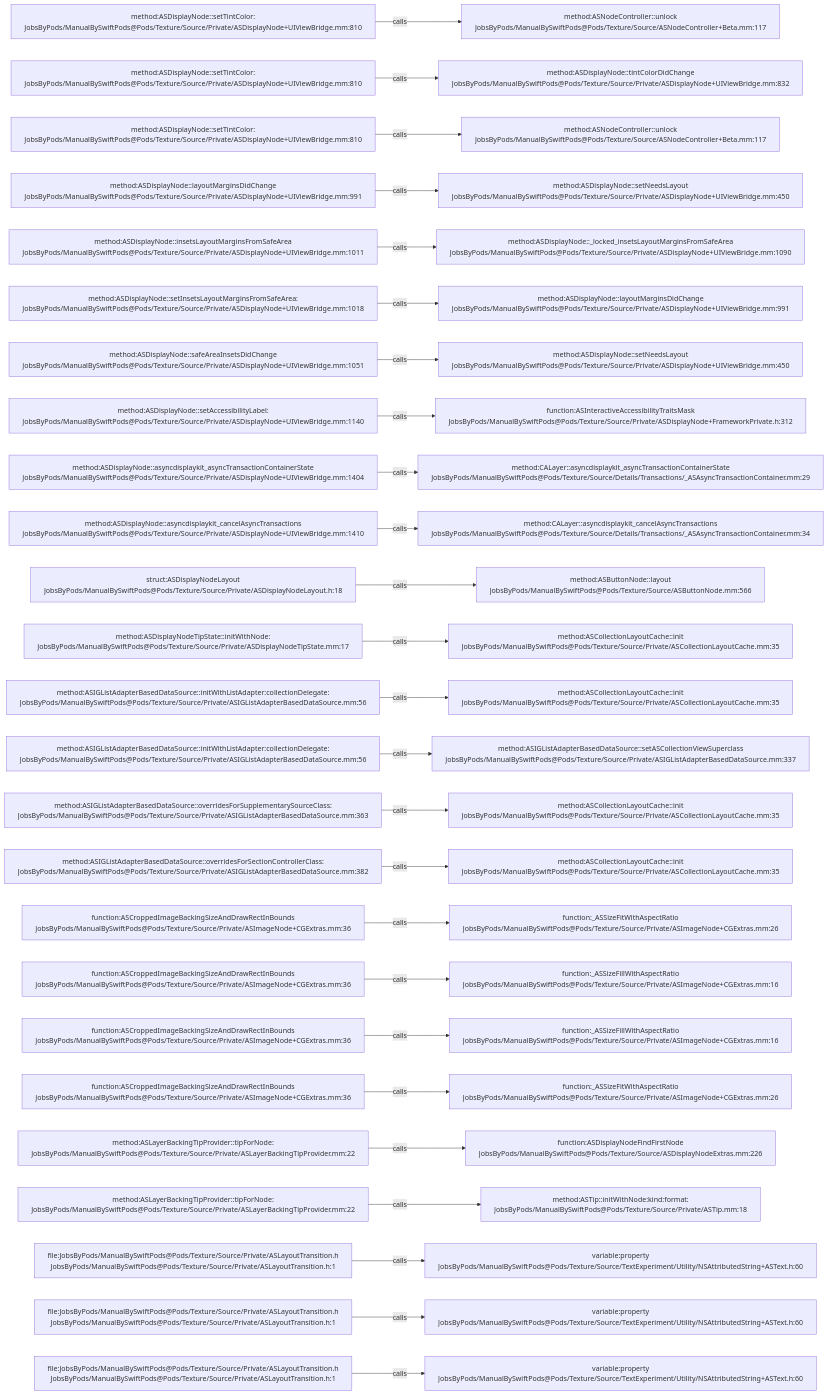
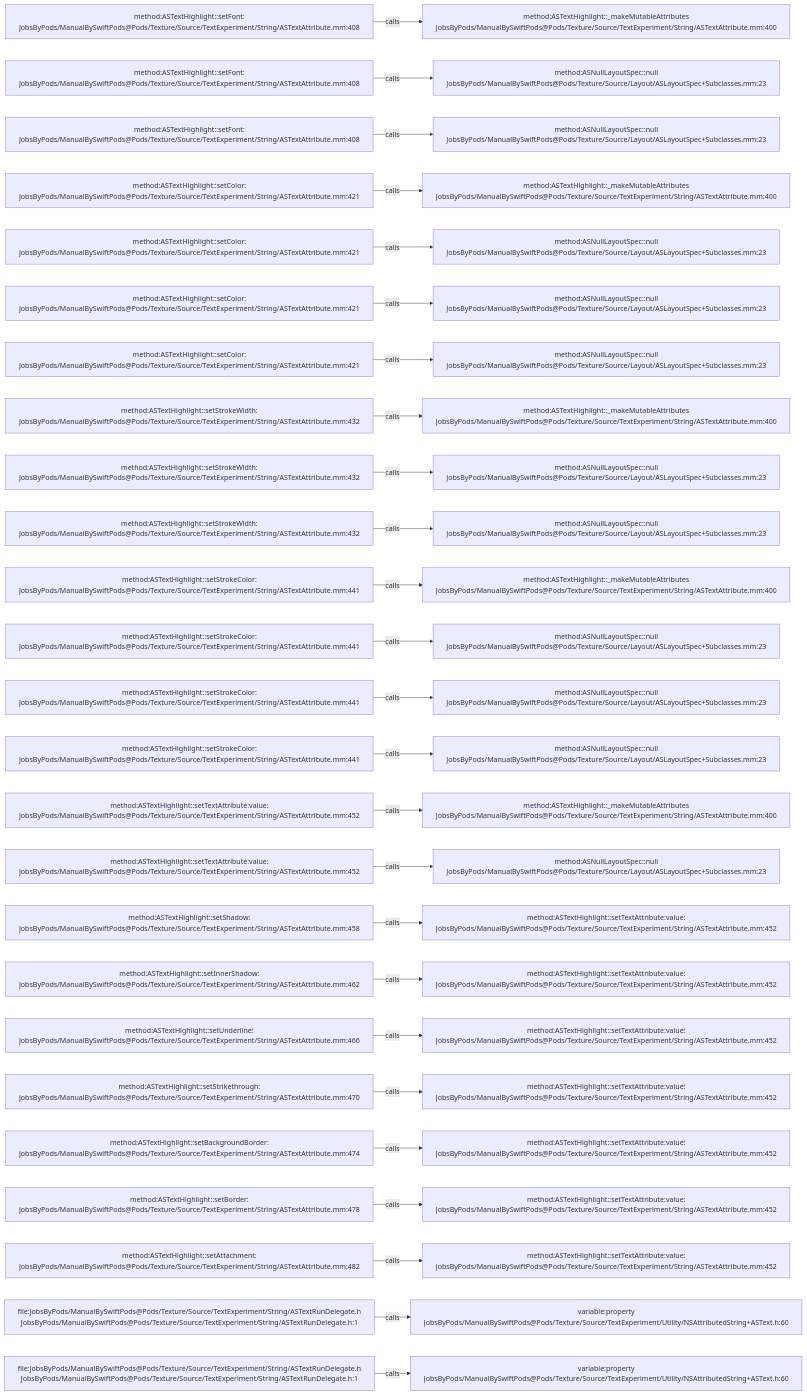
Before and after one commit to JobsKits/JobsSwiftBaseConfigDemo: the diagram in .codegraph/codegraph.md/graphs/calls-139.md, drawn with Mermaid. The commit also changed 832 other files, not shown here.

````diff
--- a/.codegraph/codegraph.md/graphs/calls-139.md
+++ b/.codegraph/codegraph.md/graphs/calls-139.md
@@ -13,78 +13,78 @@
 ```mermaid
 flowchart LR
-  S1["method:ASDisplayNode::setTintColor:<br/>JobsByPods/ManualBySwiftPods@Pods/Texture/Source/Private/ASDisplayNode+UIViewBridge.mm:810"]
-  T1["method:ASNodeController::unlock<br/>JobsByPods/ManualBySwiftPods@Pods/Texture/Source/ASNodeController+Beta.mm:117"]
+  S1["method:ASTextHighlight::setFont:<br/>JobsByPods/ManualBySwiftPods@Pods/Texture/Source/TextExperiment/String/ASTextAttribute.mm:408"]
+  T1["method:ASTextHighlight::_makeMutableAttributes<br/>JobsByPods/ManualBySwiftPods@Pods/Texture/Source/TextExperiment/String/ASTextAttribute.mm:400"]
   S1 -->|calls| T1
-  S2["method:ASDisplayNode::setTintColor:<br/>JobsByPods/ManualBySwiftPods@Pods/Texture/Source/Private/ASDisplayNode+UIViewBridge.mm:810"]
-  T2["method:ASDisplayNode::tintColorDidChange<br/>JobsByPods/ManualBySwiftPods@Pods/Texture/Source/Private/ASDisplayNode+UIViewBridge.mm:832"]
+  S2["method:ASTextHighlight::setFont:<br/>JobsByPods/ManualBySwiftPods@Pods/Texture/Source/TextExperiment/String/ASTextAttribute.mm:408"]
+  T2["method:ASNullLayoutSpec::null<br/>JobsByPods/ManualBySwiftPods@Pods/Texture/Source/Layout/ASLayoutSpec+Subclasses.mm:23"]
   S2 -->|calls| T2
-  S3["method:ASDisplayNode::setTintColor:<br/>JobsByPods/ManualBySwiftPods@Pods/Texture/Source/Private/ASDisplayNode+UIViewBridge.mm:810"]
-  T3["method:ASNodeController::unlock<br/>JobsByPods/ManualBySwiftPods@Pods/Texture/Source/ASNodeController+Beta.mm:117"]
+  S3["method:ASTextHighlight::setFont:<br/>JobsByPods/ManualBySwiftPods@Pods/Texture/Source/TextExperiment/String/ASTextAttribute.mm:408"]
+  T3["method:ASNullLayoutSpec::null<br/>JobsByPods/ManualBySwiftPods@Pods/Texture/Source/Layout/ASLayoutSpec+Subclasses.mm:23"]
   S3 -->|calls| T3
-  S4["method:ASDisplayNode::layoutMarginsDidChange<br/>JobsByPods/ManualBySwiftPods@Pods/Texture/Source/Private/ASDisplayNode+UIViewBridge.mm:991"]
-  T4["method:ASDisplayNode::setNeedsLayout<br/>JobsByPods/ManualBySwiftPods@Pods/Texture/Source/Private/ASDisplayNode+UIViewBridge.mm:450"]
+  S4["method:ASTextHighlight::setColor:<br/>JobsByPods/ManualBySwiftPods@Pods/Texture/Source/TextExperiment/String/ASTextAttribute.mm:421"]
+  T4["method:ASTextHighlight::_makeMutableAttributes<br/>JobsByPods/ManualBySwiftPods@Pods/Texture/Source/TextExperiment/String/ASTextAttribute.mm:400"]
   S4 -->|calls| T4
-  S5["method:ASDisplayNode::insetsLayoutMarginsFromSafeArea<br/>JobsByPods/ManualBySwiftPods@Pods/Texture/Source/Private/ASDisplayNode+UIViewBridge.mm:1011"]
-  T5["method:ASDisplayNode::_locked_insetsLayoutMarginsFromSafeArea<br/>JobsByPods/ManualBySwiftPods@Pods/Texture/Source/Private/ASDisplayNode+UIViewBridge.mm:1090"]
+  S5["method:ASTextHighlight::setColor:<br/>JobsByPods/ManualBySwiftPods@Pods/Texture/Source/TextExperiment/String/ASTextAttribute.mm:421"]
+  T5["method:ASNullLayoutSpec::null<br/>JobsByPods/ManualBySwiftPods@Pods/Texture/Source/Layout/ASLayoutSpec+Subclasses.mm:23"]
   S5 -->|calls| T5
-  S6["method:ASDisplayNode::setInsetsLayoutMarginsFromSafeArea:<br/>JobsByPods/ManualBySwiftPods@Pods/Texture/Source/Private/ASDisplayNode+UIViewBridge.mm:1018"]
-  T6["method:ASDisplayNode::layoutMarginsDidChange<br/>JobsByPods/ManualBySwiftPods@Pods/Texture/Source/Private/ASDisplayNode+UIViewBridge.mm:991"]
+  S6["method:ASTextHighlight::setColor:<br/>JobsByPods/ManualBySwiftPods@Pods/Texture/Source/TextExperiment/String/ASTextAttribute.mm:421"]
+  T6["method:ASNullLayoutSpec::null<br/>JobsByPods/ManualBySwiftPods@Pods/Texture/Source/Layout/ASLayoutSpec+Subclasses.mm:23"]
   S6 -->|calls| T6
-  S7["method:ASDisplayNode::safeAreaInsetsDidChange<br/>JobsByPods/ManualBySwiftPods@Pods/Texture/Source/Private/ASDisplayNode+UIViewBridge.mm:1051"]
-  T7["method:ASDisplayNode::setNeedsLayout<br/>JobsByPods/ManualBySwiftPods@Pods/Texture/Source/Private/ASDisplayNode+UIViewBridge.mm:450"]
+  S7["method:ASTextHighlight::setColor:<br/>JobsByPods/ManualBySwiftPods@Pods/Texture/Source/TextExperiment/String/ASTextAttribute.mm:421"]
+  T7["method:ASNullLayoutSpec::null<br/>JobsByPods/ManualBySwiftPods@Pods/Texture/Source/Layout/ASLayoutSpec+Subclasses.mm:23"]
   S7 -->|calls| T7
-  S8["method:ASDisplayNode::setAccessibilityLabel:<br/>JobsByPods/ManualBySwiftPods@Pods/Texture/Source/Private/ASDisplayNode+UIViewBridge.mm:1140"]
-  T8["function:ASInteractiveAccessibilityTraitsMask<br/>JobsByPods/ManualBySwiftPods@Pods/Texture/Source/Private/ASDisplayNode+FrameworkPrivate.h:312"]
+  S8["method:ASTextHighlight::setStrokeWidth:<br/>JobsByPods/ManualBySwiftPods@Pods/Texture/Source/TextExperiment/String/ASTextAttribute.mm:432"]
+  T8["method:ASTextHighlight::_makeMutableAttributes<br/>JobsByPods/ManualBySwiftPods@Pods/Texture/Source/TextExperiment/String/ASTextAttribute.mm:400"]
   S8 -->|calls| T8
-  S9["method:ASDisplayNode::asyncdisplaykit_asyncTransactionContainerState<br/>JobsByPods/ManualBySwiftPods@Pods/Texture/Source/Private/ASDisplayNode+UIViewBridge.mm:1404"]
-  T9["method:CALayer::asyncdisplaykit_asyncTransactionContainerState<br/>JobsByPods/ManualBySwiftPods@Pods/Texture/Source/Details/Transactions/_ASAsyncTransactionContainer.mm:29"]
+  S9["method:ASTextHighlight::setStrokeWidth:<br/>JobsByPods/ManualBySwiftPods@Pods/Texture/Source/TextExperiment/String/ASTextAttribute.mm:432"]
+  T9["method:ASNullLayoutSpec::null<br/>JobsByPods/ManualBySwiftPods@Pods/Texture/Source/Layout/ASLayoutSpec+Subclasses.mm:23"]
   S9 -->|calls| T9
-  S10["method:ASDisplayNode::asyncdisplaykit_cancelAsyncTransactions<br/>JobsByPods/ManualBySwiftPods@Pods/Texture/Source/Private/ASDisplayNode+UIViewBridge.mm:1410"]
-  T10["method:CALayer::asyncdisplaykit_cancelAsyncTransactions<br/>JobsByPods/ManualBySwiftPods@Pods/Texture/Source/Details/Transactions/_ASAsyncTransactionContainer.mm:34"]
+  S10["method:ASTextHighlight::setStrokeWidth:<br/>JobsByPods/ManualBySwiftPods@Pods/Texture/Source/TextExperiment/String/ASTextAttribute.mm:432"]
+  T10["method:ASNullLayoutSpec::null<br/>JobsByPods/ManualBySwiftPods@Pods/Texture/Source/Layout/ASLayoutSpec+Subclasses.mm:23"]
   S10 -->|calls| T10
-  S11["struct:ASDisplayNodeLayout<br/>JobsByPods/ManualBySwiftPods@Pods/Texture/Source/Private/ASDisplayNodeLayout.h:18"]
-  T11["method:ASButtonNode::layout<br/>JobsByPods/ManualBySwiftPods@Pods/Texture/Source/ASButtonNode.mm:566"]
+  S11["method:ASTextHighlight::setStrokeColor:<br/>JobsByPods/ManualBySwiftPods@Pods/Texture/Source/TextExperiment/String/ASTextAttribute.mm:441"]
+  T11["method:ASTextHighlight::_makeMutableAttributes<br/>JobsByPods/ManualBySwiftPods@Pods/Texture/Source/TextExperiment/String/ASTextAttribute.mm:400"]
   S11 -->|calls| T11
-  S12["method:ASDisplayNodeTipState::initWithNode:<br/>JobsByPods/ManualBySwiftPods@Pods/Texture/Source/Private/ASDisplayNodeTipState.mm:17"]
-  T12["method:ASCollectionLayoutCache::init<br/>JobsByPods/ManualBySwiftPods@Pods/Texture/Source/Private/ASCollectionLayoutCache.mm:35"]
+  S12["method:ASTextHighlight::setStrokeColor:<br/>JobsByPods/ManualBySwiftPods@Pods/Texture/Source/TextExperiment/String/ASTextAttribute.mm:441"]
+  T12["method:ASNullLayoutSpec::null<br/>JobsByPods/ManualBySwiftPods@Pods/Texture/Source/Layout/ASLayoutSpec+Subclasses.mm:23"]
   S12 -->|calls| T12
-  S13["method:ASIGListAdapterBasedDataSource::initWithListAdapter:collectionDelegate:<br/>JobsByPods/ManualBySwiftPods@Pods/Texture/Source/Private/ASIGListAdapterBasedDataSource.mm:56"]
-  T13["method:ASCollectionLayoutCache::init<br/>JobsByPods/ManualBySwiftPods@Pods/Texture/Source/Private/ASCollectionLayoutCache.mm:35"]
+  S13["method:ASTextHighlight::setStrokeColor:<br/>JobsByPods/ManualBySwiftPods@Pods/Texture/Source/TextExperiment/String/ASTextAttribute.mm:441"]
+  T13["method:ASNullLayoutSpec::null<br/>JobsByPods/ManualBySwiftPods@Pods/Texture/Source/Layout/ASLayoutSpec+Subclasses.mm:23"]
   S13 -->|calls| T13
-  S14["method:ASIGListAdapterBasedDataSource::initWithListAdapter:collectionDelegate:<br/>JobsByPods/ManualBySwiftPods@Pods/Texture/Source/Private/ASIGListAdapterBasedDataSource.mm:56"]
-  T14["method:ASIGListAdapterBasedDataSource::setASCollectionViewSuperclass<br/>JobsByPods/ManualBySwiftPods@Pods/Texture/Source/Private/ASIGListAdapterBasedDataSource.mm:337"]
+  S14["method:ASTextHighlight::setStrokeColor:<br/>JobsByPods/ManualBySwiftPods@Pods/Texture/Source/TextExperiment/String/ASTextAttribute.mm:441"]
+  T14["method:ASNullLayoutSpec::null<br/>JobsByPods/ManualBySwiftPods@Pods/Texture/Source/Layout/ASLayoutSpec+Subclasses.mm:23"]
   S14 -->|calls| T14
-  S15["method:ASIGListAdapterBasedDataSource::overridesForSupplementarySourceClass:<br/>JobsByPods/ManualBySwiftPods@Pods/Texture/Source/Private/ASIGListAdapterBasedDataSource.mm:363"]
-  T15["method:ASCollectionLayoutCache::init<br/>JobsByPods/ManualBySwiftPods@Pods/Texture/Source/Private/ASCollectionLayoutCache.mm:35"]
+  S15["method:ASTextHighlight::setTextAttribute:value:<br/>JobsByPods/ManualBySwiftPods@Pods/Texture/Source/TextExperiment/String/ASTextAttribute.mm:452"]
+  T15["method:ASTextHighlight::_makeMutableAttributes<br/>JobsByPods/ManualBySwiftPods@Pods/Texture/Source/TextExperiment/String/ASTextAttribute.mm:400"]
   S15 -->|calls| T15
-  S16["method:ASIGListAdapterBasedDataSource::overridesForSectionControllerClass:<br/>JobsByPods/ManualBySwiftPods@Pods/Texture/Source/Private/ASIGListAdapterBasedDataSource.mm:382"]
-  T16["method:ASCollectionLayoutCache::init<br/>JobsByPods/ManualBySwiftPods@Pods/Texture/Source/Private/ASCollectionLayoutCache.mm:35"]
+  S16["method:ASTextHighlight::setTextAttribute:value:<br/>JobsByPods/ManualBySwiftPods@Pods/Texture/Source/TextExperiment/String/ASTextAttribute.mm:452"]
+  T16["method:ASNullLayoutSpec::null<br/>JobsByPods/ManualBySwiftPods@Pods/Texture/Source/Layout/ASLayoutSpec+Subclasses.mm:23"]
   S16 -->|calls| T16
-  S17["function:ASCroppedImageBackingSizeAndDrawRectInBounds<br/>JobsByPods/ManualBySwiftPods@Pods/Texture/Source/Private/ASImageNode+CGExtras.mm:36"]
-  T17["function:_ASSizeFitWithAspectRatio<br/>JobsByPods/ManualBySwiftPods@Pods/Texture/Source/Private/ASImageNode+CGExtras.mm:26"]
+  S17["method:ASTextHighlight::setShadow:<br/>JobsByPods/ManualBySwiftPods@Pods/Texture/Source/TextExperiment/String/ASTextAttribute.mm:458"]
+  T17["method:ASTextHighlight::setTextAttribute:value:<br/>JobsByPods/ManualBySwiftPods@Pods/Texture/Source/TextExperiment/String/ASTextAttribute.mm:452"]
   S17 -->|calls| T17
-  S18["function:ASCroppedImageBackingSizeAndDrawRectInBounds<br/>JobsByPods/ManualBySwiftPods@Pods/Texture/Source/Private/ASImageNode+CGExtras.mm:36"]
-  T18["function:_ASSizeFillWithAspectRatio<br/>JobsByPods/ManualBySwiftPods@Pods/Texture/Source/Private/ASImageNode+CGExtras.mm:16"]
+  S18["method:ASTextHighlight::setInnerShadow:<br/>JobsByPods/ManualBySwiftPods@Pods/Texture/Source/TextExperiment/String/ASTextAttribute.mm:462"]
+  T18["method:ASTextHighlight::setTextAttribute:value:<br/>JobsByPods/ManualBySwiftPods@Pods/Texture/Source/TextExperiment/String/ASTextAttribute.mm:452"]
   S18 -->|calls| T18
-  S19["function:ASCroppedImageBackingSizeAndDrawRectInBounds<br/>JobsByPods/ManualBySwiftPods@Pods/Texture/Source/Private/ASImageNode+CGExtras.mm:36"]
-  T19["function:_ASSizeFillWithAspectRatio<br/>JobsByPods/ManualBySwiftPods@Pods/Texture/Source/Private/ASImageNode+CGExtras.mm:16"]
+  S19["method:ASTextHighlight::setUnderline:<br/>JobsByPods/ManualBySwiftPods@Pods/Texture/Source/TextExperiment/String/ASTextAttribute.mm:466"]
+  T19["method:ASTextHighlight::setTextAttribute:value:<br/>JobsByPods/ManualBySwiftPods@Pods/Texture/Source/TextExperiment/String/ASTextAttribute.mm:452"]
   S19 -->|calls| T19
-  S20["function:ASCroppedImageBackingSizeAndDrawRectInBounds<br/>JobsByPods/ManualBySwiftPods@Pods/Texture/Source/Private/ASImageNode+CGExtras.mm:36"]
-  T20["function:_ASSizeFitWithAspectRatio<br/>JobsByPods/ManualBySwiftPods@Pods/Texture/Source/Private/ASImageNode+CGExtras.mm:26"]
+  S20["method:ASTextHighlight::setStrikethrough:<br/>JobsByPods/ManualBySwiftPods@Pods/Texture/Source/TextExperiment/String/ASTextAttribute.mm:470"]
+  T20["method:ASTextHighlight::setTextAttribute:value:<br/>JobsByPods/ManualBySwiftPods@Pods/Texture/Source/TextExperiment/String/ASTextAttribute.mm:452"]
   S20 -->|calls| T20
-  S21["method:ASLayerBackingTipProvider::tipForNode:<br/>JobsByPods/ManualBySwiftPods@Pods/Texture/Source/Private/ASLayerBackingTipProvider.mm:22"]
-  T21["function:ASDisplayNodeFindFirstNode<br/>JobsByPods/ManualBySwiftPods@Pods/Texture/Source/ASDisplayNodeExtras.mm:226"]
+  S21["method:ASTextHighlight::setBackgroundBorder:<br/>JobsByPods/ManualBySwiftPods@Pods/Texture/Source/TextExperiment/String/ASTextAttribute.mm:474"]
+  T21["method:ASTextHighlight::setTextAttribute:value:<br/>JobsByPods/ManualBySwiftPods@Pods/Texture/Source/TextExperiment/String/ASTextAttribute.mm:452"]
   S21 -->|calls| T21
-  S22["method:ASLayerBackingTipProvider::tipForNode:<br/>JobsByPods/ManualBySwiftPods@Pods/Texture/Source/Private/ASLayerBackingTipProvider.mm:22"]
-  T22["method:ASTip::initWithNode:kind:format:<br/>JobsByPods/ManualBySwiftPods@Pods/Texture/Source/Private/ASTip.mm:18"]
+  S22["method:ASTextHighlight::setBorder:<br/>JobsByPods/ManualBySwiftPods@Pods/Texture/Source/TextExperiment/String/ASTextAttribute.mm:478"]
+  T22["method:ASTextHighlight::setTextAttribute:value:<br/>JobsByPods/ManualBySwiftPods@Pods/Texture/Source/TextExperiment/String/ASTextAttribute.mm:452"]
   S22 -->|calls| T22
-  S23["file:JobsByPods/ManualBySwiftPods@Pods/Texture/Source/Private/ASLayoutTransition.h<br/>JobsByPods/ManualBySwiftPods@Pods/Texture/Source/Private/ASLayoutTransition.h:1"]
-  T23["variable:property<br/>JobsByPods/ManualBySwiftPods@Pods/Texture/Source/TextExperiment/Utility/NSAttributedString+ASText.h:60"]
+  S23["method:ASTextHighlight::setAttachment:<br/>JobsByPods/ManualBySwiftPods@Pods/Texture/Source/TextExperiment/String/ASTextAttribute.mm:482"]
+  T23["method:ASTextHighlight::setTextAttribute:value:<br/>JobsByPods/ManualBySwiftPods@Pods/Texture/Source/TextExperiment/String/ASTextAttribute.mm:452"]
   S23 -->|calls| T23
-  S24["file:JobsByPods/ManualBySwiftPods@Pods/Texture/Source/Private/ASLayoutTransition.h<br/>JobsByPods/ManualBySwiftPods@Pods/Texture/Source/Private/ASLayoutTransition.h:1"]
+  S24["file:JobsByPods/ManualBySwiftPods@Pods/Texture/Source/TextExperiment/String/ASTextRunDelegate.h<br/>JobsByPods/ManualBySwiftPods@Pods/Texture/Source/TextExperiment/String/ASTextRunDelegate.h:1"]
   T24["variable:property<br/>JobsByPods/ManualBySwiftPods@Pods/Texture/Source/TextExperiment/Utility/NSAttributedString+ASText.h:60"]
   S24 -->|calls| T24
-  S25["file:JobsByPods/ManualBySwiftPods@Pods/Texture/Source/Private/ASLayoutTransition.h<br/>JobsByPods/ManualBySwiftPods@Pods/Texture/Source/Private/ASLayoutTransition.h:1"]
+  S25["file:JobsByPods/ManualBySwiftPods@Pods/Texture/Source/TextExperiment/String/ASTextRunDelegate.h<br/>JobsByPods/ManualBySwiftPods@Pods/Texture/Source/TextExperiment/String/ASTextRunDelegate.h:1"]
   T25["variable:property<br/>JobsByPods/ManualBySwiftPods@Pods/Texture/Source/TextExperiment/Utility/NSAttributedString+ASText.h:60"]
   S25 -->|calls| T25
 ```
````
